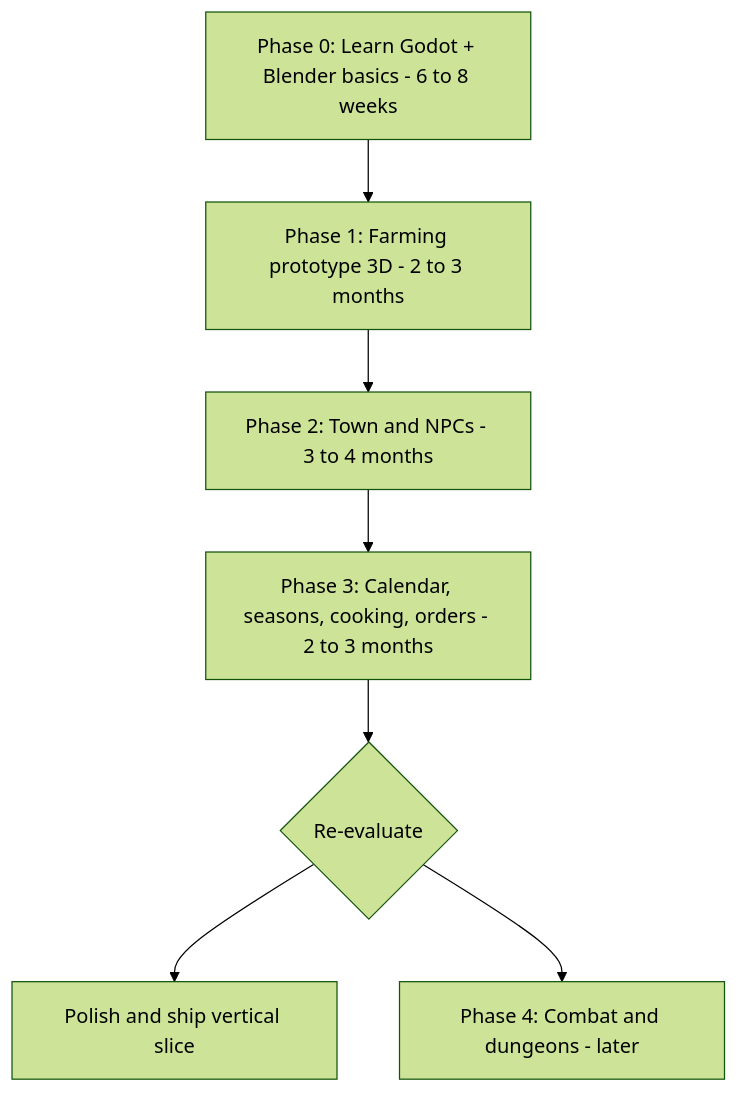
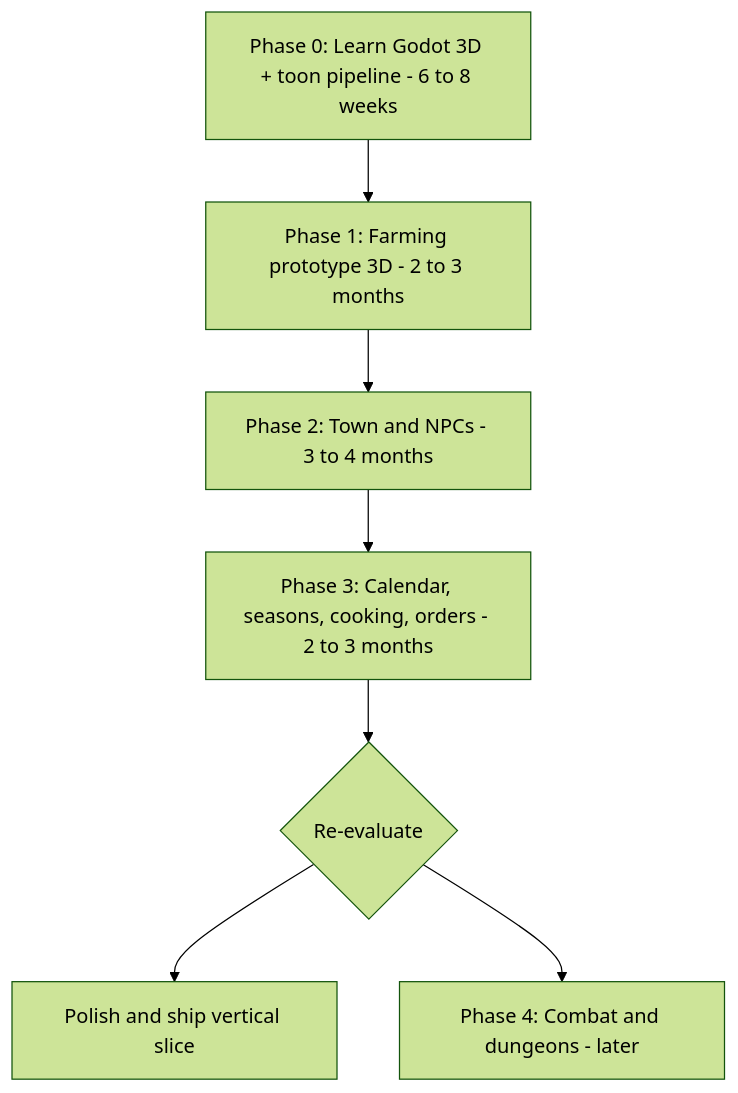
One commit to veloraine/greenrune changed the second of 4 diagrams in docs/plan.md. Above: the diagram before and after it, drawn with Mermaid (forest theme). The commit also changed other lines of this file and 7 other files, not shown here.

First line of the commit message:
chore: move AI setup from Cursor to Claude Code, drop Blender from Phase 0

````diff
--- a/docs/plan.md
+++ b/docs/plan.md
@@ -169,9 +145,9 @@
 ```mermaid
 flowchart TD
-    P0[Phase 0: Learn Godot + Blender basics - 6 to 8 weeks] --> P1[Phase 1: Farming prototype 3D - 2 to 3 months]
+    P0[Phase 0: Learn Godot 3D + toon pipeline - 6 to 8 weeks] --> P1[Phase 1: Farming prototype 3D - 2 to 3 months]
     P1 --> P2[Phase 2: Town and NPCs - 3 to 4 months]
     P2 --> P3[Phase 3: Calendar, seasons, cooking, orders - 2 to 3 months]
     P3 --> Decide{Re-evaluate}
     Decide --> Polish[Polish and ship vertical slice]
     Decide --> Combat[Phase 4: Combat and dungeons - later]
 ```
````
